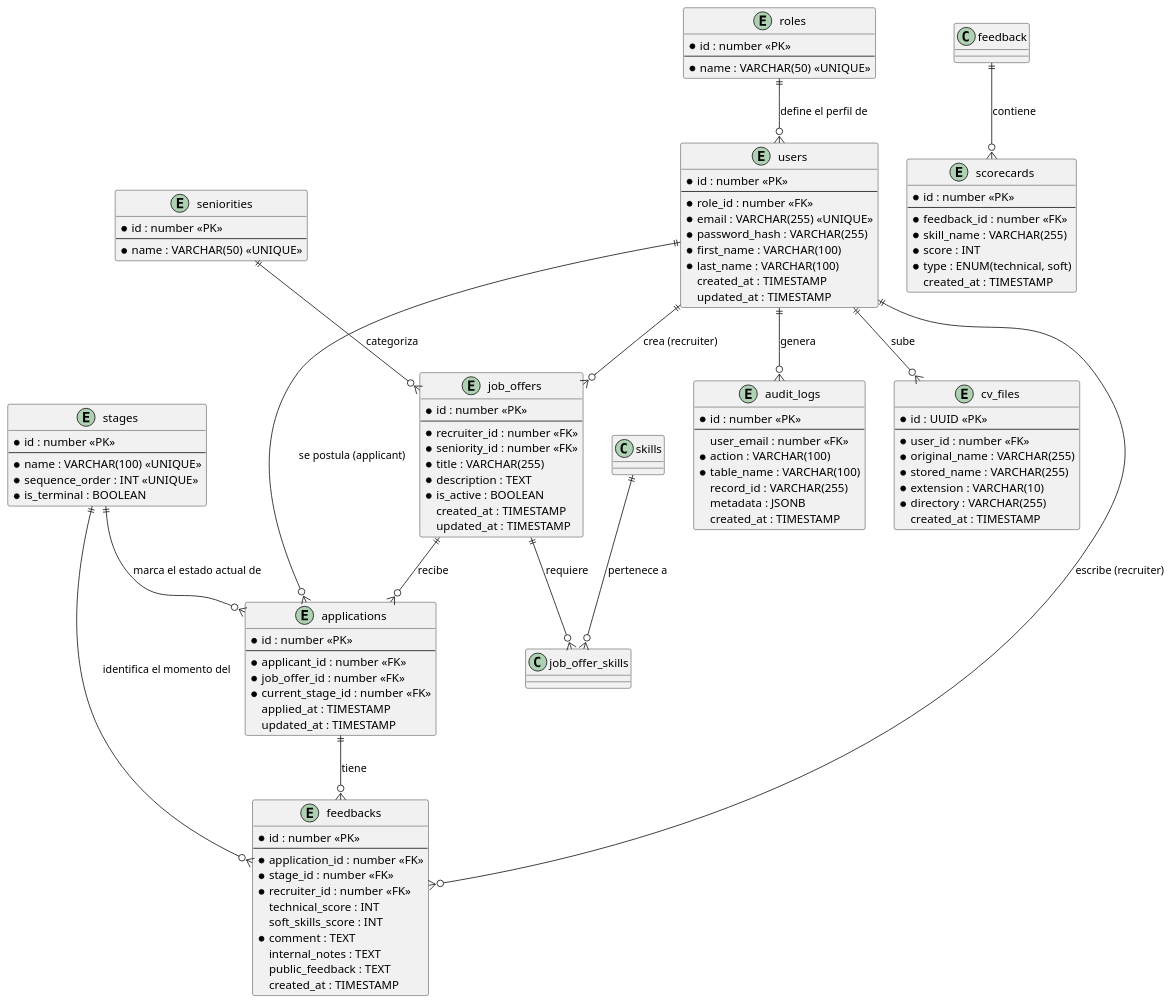
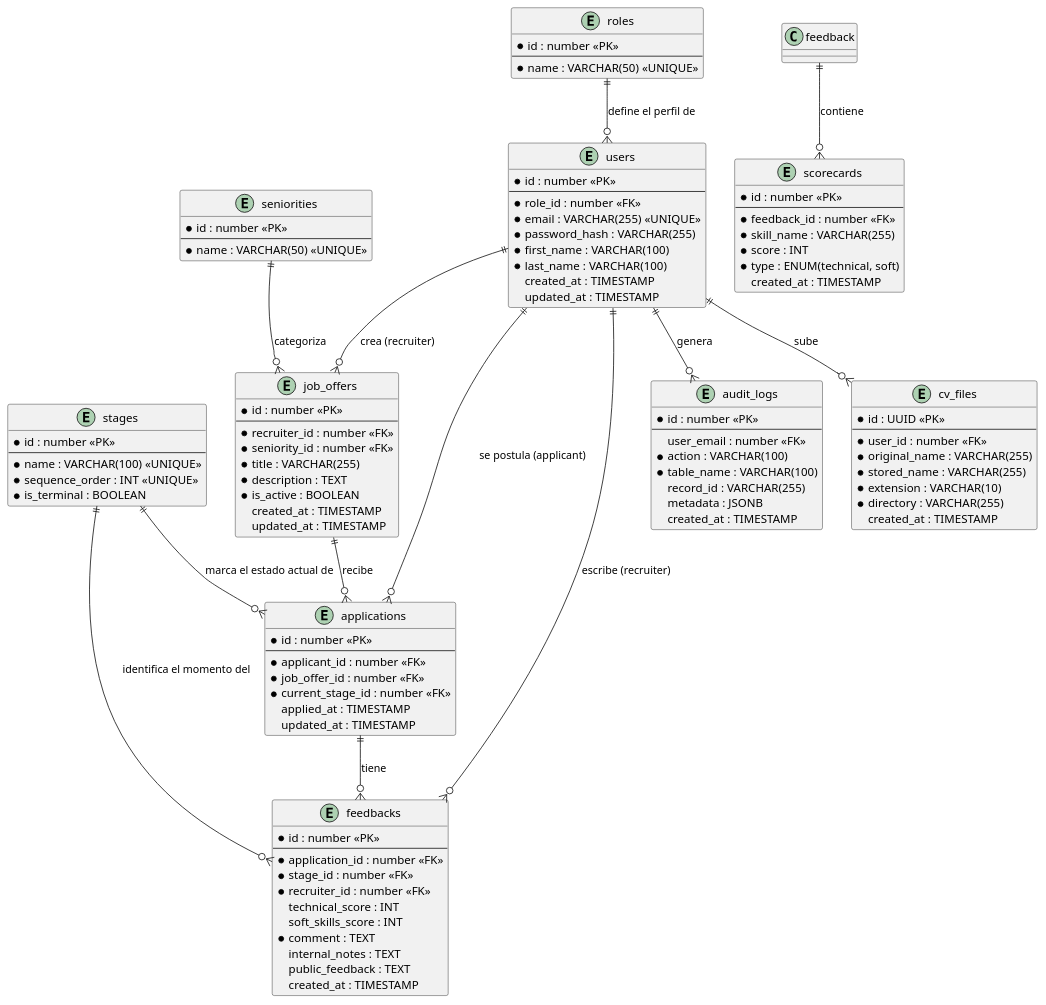
One commit to LauEroles/NextStep changed the diagram in documentacion/der.puml. Above: the diagram before and after it, drawn with PlantUML.

Commit message:
deleted outdated job offer skills relations from der

```diff
--- a/documentacion/der.puml
+++ b/documentacion/der.puml
@@ -1,131 +1,129 @@
 @startuml NextStep DER
 
 entity "users" as users {
   * id : number <<PK>>
   --
   * role_id : number <<FK>>
   * email : VARCHAR(255) <<UNIQUE>>
   * password_hash : VARCHAR(255)
   * first_name : VARCHAR(100)
   * last_name : VARCHAR(100)
   created_at : TIMESTAMP
   updated_at : TIMESTAMP
 }
 
 entity "roles" as roles {
   * id : number <<PK>>
   --
   * name : VARCHAR(50) <<UNIQUE>>
 }
 
 entity "seniorities" as seniorities {
   * id : number <<PK>>
   --
   * name : VARCHAR(50) <<UNIQUE>>
 }
 
 entity "job_offers" as job_offers {
   * id : number <<PK>>
   --
   * recruiter_id : number <<FK>>
   * seniority_id : number <<FK>>
   * title : VARCHAR(255)
   * description : TEXT
   * is_active : BOOLEAN
   created_at : TIMESTAMP
   updated_at : TIMESTAMP
 }
 
 entity "stages" as stages {
   * id : number <<PK>>
   --
   * name : VARCHAR(100) <<UNIQUE>>
   * sequence_order : INT <<UNIQUE>>
   * is_terminal : BOOLEAN
 }
 
 entity "applications" as applications {
   * id : number <<PK>>
   --
   * applicant_id : number <<FK>>
   * job_offer_id : number <<FK>>
   * current_stage_id : number <<FK>>
   applied_at : TIMESTAMP
   updated_at : TIMESTAMP
 }
 
 entity "feedbacks" as feedbacks {
   * id : number <<PK>>
   --
   * application_id : number <<FK>>
   * stage_id : number <<FK>>
   * recruiter_id : number <<FK>>
   technical_score : INT
   soft_skills_score : INT
   * comment : TEXT
   internal_notes : TEXT
   public_feedback : TEXT
   created_at : TIMESTAMP
 }
 
 entity "audit_logs" as audit_logs {
   * id : number <<PK>>
   --
   user_email : number <<FK>>
   * action : VARCHAR(100)
   * table_name : VARCHAR(100)
   record_id : VARCHAR(255)
   metadata : JSONB
   created_at : TIMESTAMP
 }
 
 entity "scorecards" as scorecards {
   * id : number <<PK>>
   --
   * feedback_id : number <<FK>>
   * skill_name : VARCHAR(255)
   * score : INT
   * type : ENUM(technical, soft)
   created_at : TIMESTAMP
 }
 
 entity "cv_files" as cv_files {
   * id : UUID <<PK>>
   --
   * user_id : number <<FK>>
   * original_name : VARCHAR(255)
   * stored_name : VARCHAR(255)
   * extension : VARCHAR(10)
   * directory : VARCHAR(255)
   created_at : TIMESTAMP
 }
 
 ' Relación de Usuarios y Roles (1 a Muchos)
 roles ||--o{ users : "define el perfil de"
 
 ' Relaciones de Ofertas y Skills/Seniority
 users ||--o{ job_offers : "crea (recruiter)"
 seniorities ||--o{ job_offers : "categoriza"
-job_offers ||--o{ job_offer_skills : "requiere"
-skills ||--o{ job_offer_skills : "pertenece a"
 
 ' Relaciones de Postulaciones y Etapas
 users ||--o{ applications : "se postula (applicant)"
 job_offers ||--o{ applications : "recibe"
 stages ||--o{ applications : "marca el estado actual de"
 
 ' Relaciones de Feedback
 applications ||--o{ feedbacks : "tiene"
 stages ||--o{ feedbacks : "identifica el momento del"
 users ||--o{ feedbacks : "escribe (recruiter)"
 
 ' Relaciones de Auditoría
 users ||--o{ audit_logs : "genera"
 
 ' Scorecards
 feedback ||--o{ scorecards : "contiene"
 
 ' CVs
 users ||--o{ cv_files : "sube"
 
 @enduml
```
